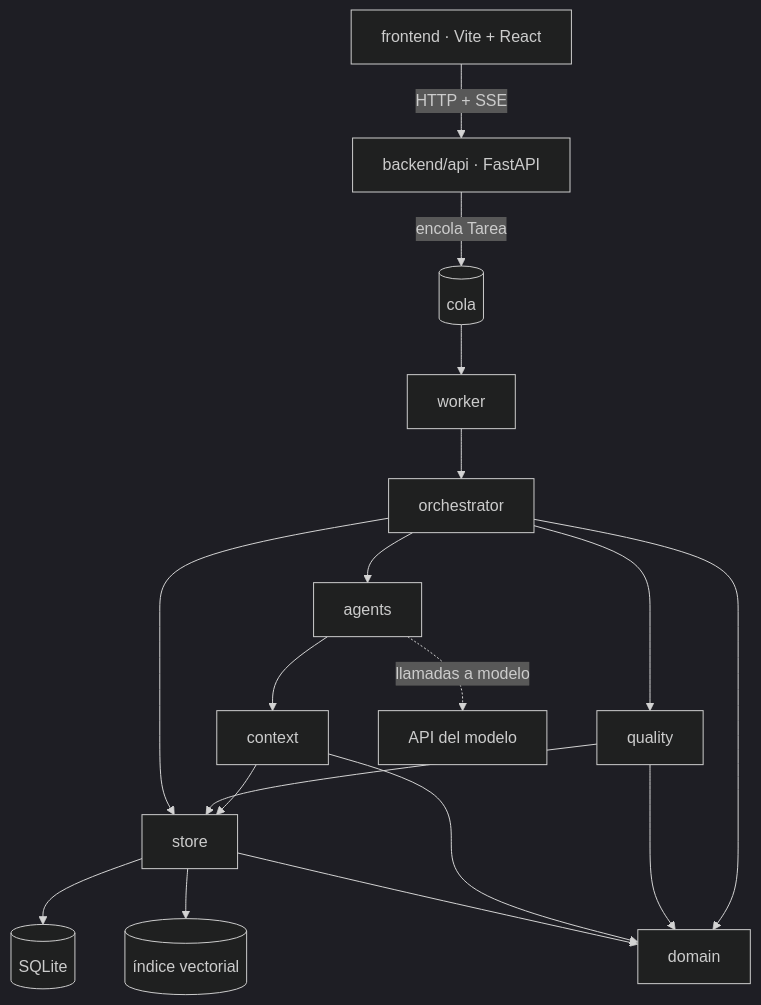
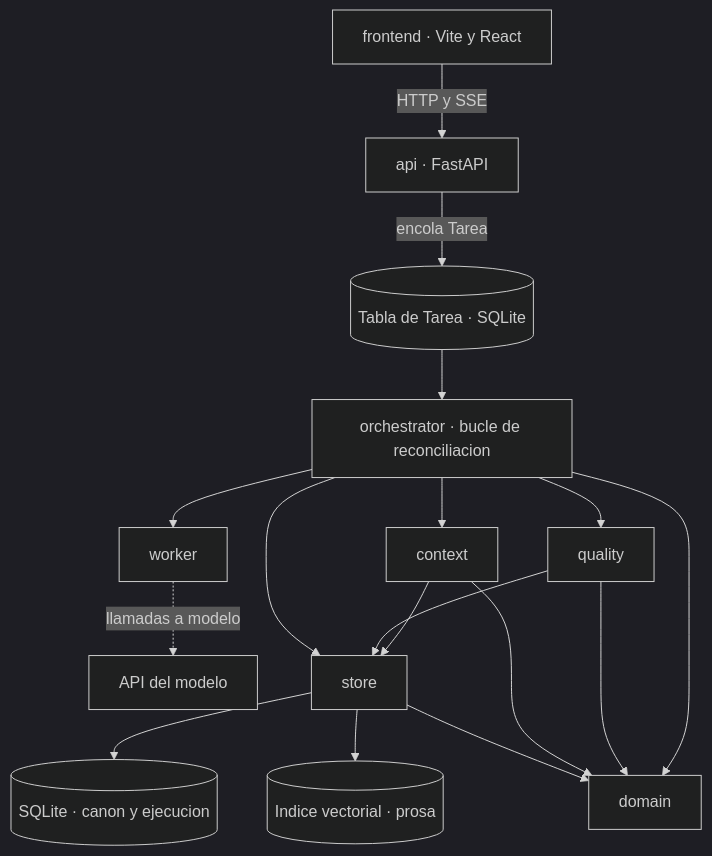
One commit to NabeelKazi12/MyStoryMaker changed the first of 5 diagrams in docs/architecture.md. Above: the diagram before and after it, drawn with Mermaid (dark theme). The commit also changed other lines of this file and 6 other files, not shown here.

First line of the commit message:
Anadir proceso de cambio, SRS del backend y reestructurar arquitectura

````diff
--- a/docs/architecture.md
+++ b/docs/architecture.md
@@ -71,22 +52,20 @@
 ```mermaid
-flowchart TD
-    WEB[frontend · Vite + React] -->|HTTP + SSE| API[backend/api · FastAPI]
-    API -->|encola Tarea| Q[(cola)]
-    Q --> W[worker]
-    W --> ORC[orchestrator]
-    ORC --> AG[agents]
-    ORC --> QA[quality]
-    AG --> CTX[context]
-    CTX --> ST[store]
-    QA --> ST
-    ORC --> ST
-    ST --> DB[(SQLite)]
-    ST --> VEC[(índice vectorial)]
-    AG -.->|llamadas a modelo| LLM[API del modelo]
-
-    DOM[domain]
-    ORC --> DOM
-    QA --> DOM
-    CTX --> DOM
-    ST --> DOM
+graph TD
+  WEB["frontend · Vite y React"] -->|HTTP y SSE| API["api · FastAPI"]
+  API -->|encola Tarea| Q[("Tabla de Tarea · SQLite")]
+  Q --> ORC["orchestrator · bucle de reconciliacion"]
+  ORC --> W["worker"]
+  ORC --> QA["quality"]
+  ORC --> CTX["context"]
+  W -.->|llamadas a modelo| LLM["API del modelo"]
+  CTX --> ST["store"]
+  QA --> ST
+  ORC --> ST
+  ST --> DB[("SQLite · canon y ejecucion")]
+  ST --> VEC[("Indice vectorial · prosa")]
+  DOM["domain"]
+  ORC --> DOM
+  QA --> DOM
+  CTX --> DOM
+  ST --> DOM
 ```
````
